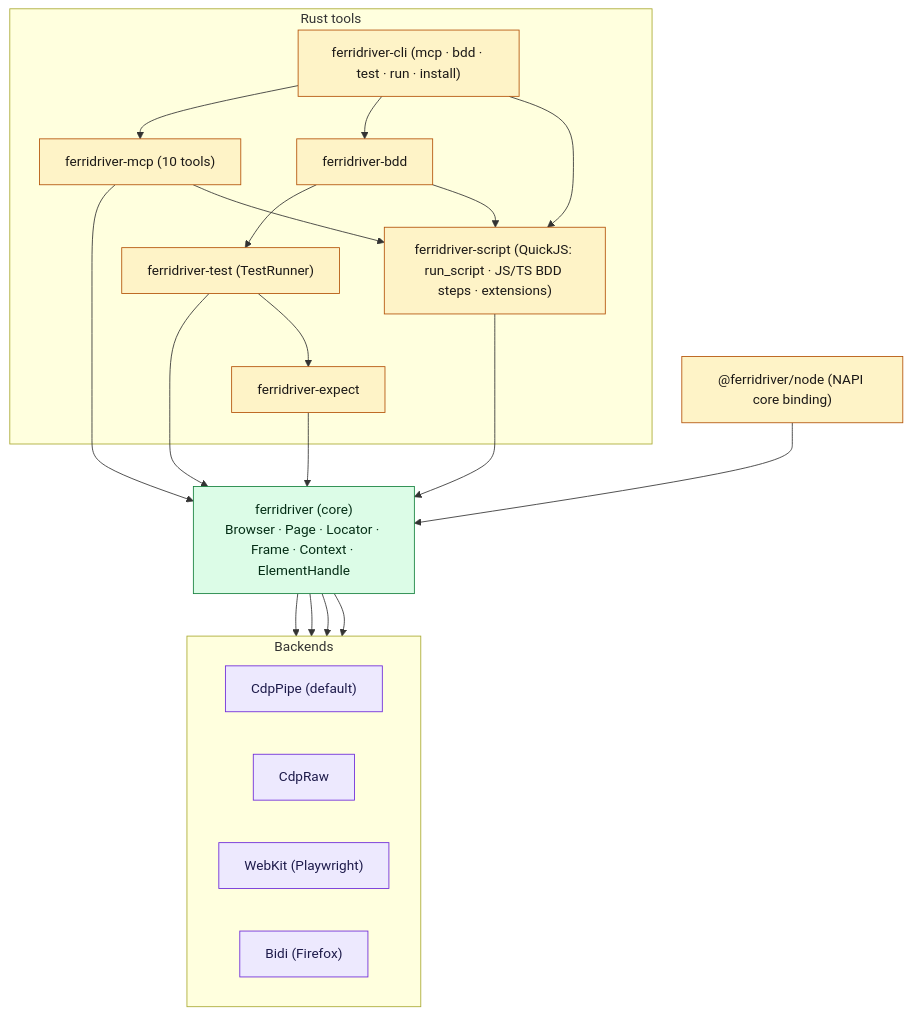
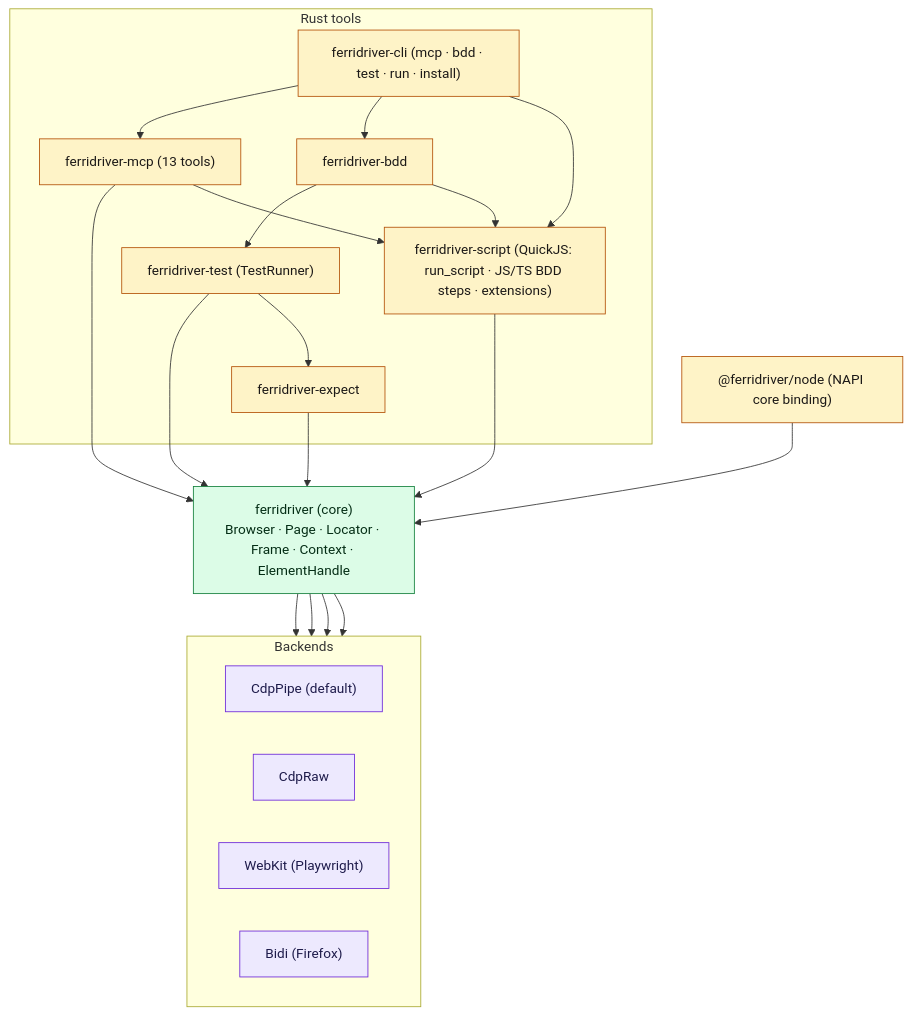
One commit to salamaashoush/ferridriver changed the first of 3 diagrams in site/docs/guide/architecture.md. Above: the diagram before and after it, drawn with Mermaid. The commit also changed 20 other files, not shown here.

````diff
--- a/site/docs/guide/architecture.md
+++ b/site/docs/guide/architecture.md
@@ -10,47 +10,47 @@
 ```mermaid
 flowchart TB
   N["@ferridriver/node (NAPI core binding)"]
 
   subgraph RustTools [Rust tools]
     C["ferridriver-cli (mcp · bdd · test · run · install)"]
     D["ferridriver-test (TestRunner)"]
     E["ferridriver-bdd"]
     EX["ferridriver-expect"]
-    F["ferridriver-mcp (10 tools)"]
+    F["ferridriver-mcp (13 tools)"]
     S["ferridriver-script (QuickJS: run_script · JS/TS BDD steps · extensions)"]
   end
 
   Core["ferridriver (core)\nBrowser · Page · Locator · Frame · Context · ElementHandle"]
 
   subgraph Backends
     direction LR
     B1["CdpPipe (default)"]
     B2["CdpRaw"]
     B3["WebKit (Playwright)"]
     B4["Bidi (Firefox)"]
   end
 
   N --> Core
   C --> F
   C --> E
   C --> S
   F --> Core
   F --> S
   E --> D
   E --> S
   D --> Core
   D --> EX
   EX --> Core
   S --> Core
   Core --> B1
   Core --> B2
   Core --> B3
   Core --> B4
 
   classDef rustLayer fill:#fef3c7,stroke:#b45309,color:#1c1917
   classDef coreLayer fill:#dcfce7,stroke:#15803d,color:#052e16
   classDef backendLayer fill:#ede9fe,stroke:#6d28d9,color:#1e1b4b
   class N,C,D,E,EX,F,S rustLayer
   class Core coreLayer
   class B1,B2,B3,B4 backendLayer
 ```
````
